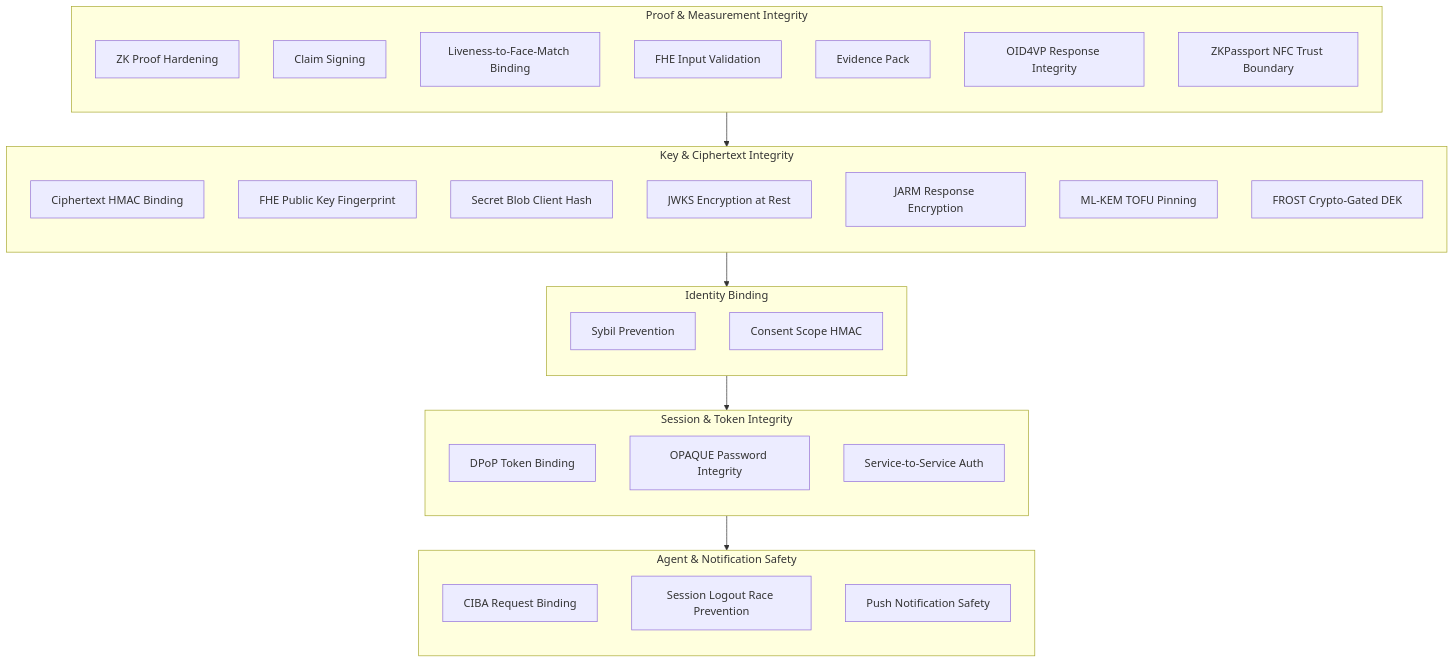
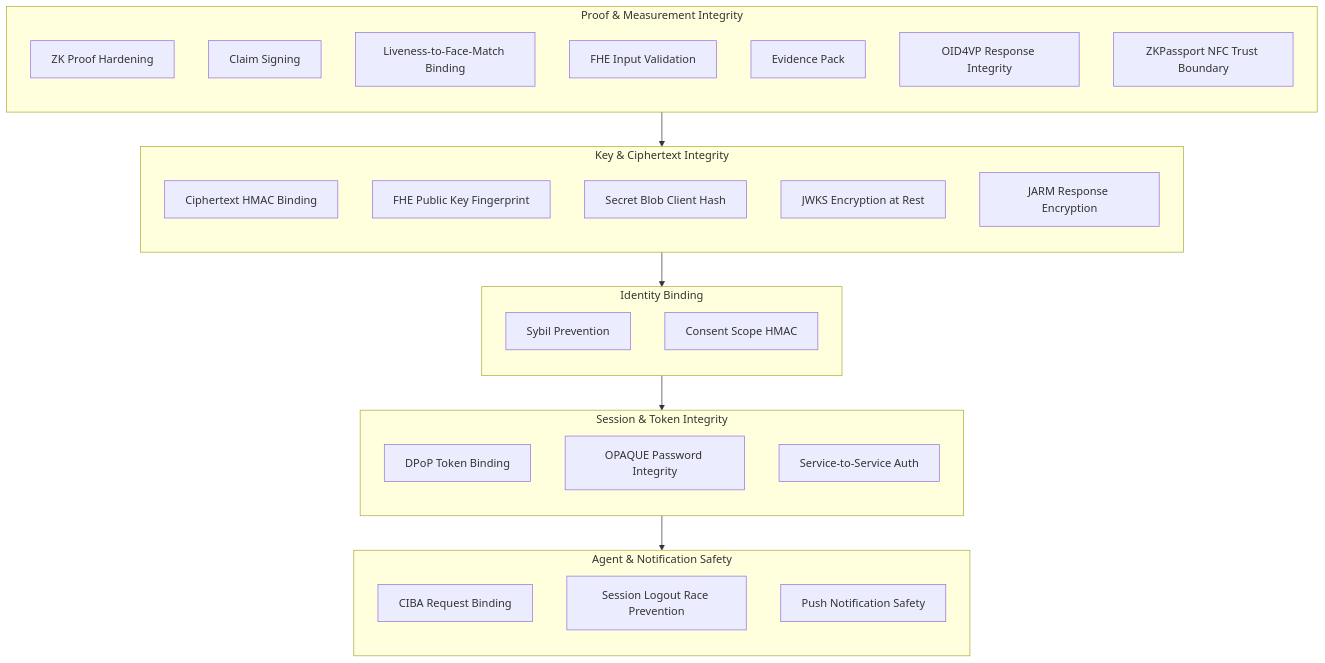
One commit to gustavovalverde/zentity changed the diagram in docs/(architecture)/tamper-model.md. Above: the diagram before and after it, drawn with Mermaid. The commit also changed other lines of this file and 190 other files, not shown here.

````diff
--- a/docs/(architecture)/tamper-model.md
+++ b/docs/(architecture)/tamper-model.md
@@ -51,49 +51,47 @@
 ```mermaid
 flowchart TB
     subgraph proof["Proof & Measurement Integrity"]
         direction TB
         zk["ZK Proof Hardening"]
         claim["Claim Signing"]
         liveness["Liveness-to-Face-Match Binding"]
         fhe_input["FHE Input Validation"]
         evidence["Evidence Pack"]
         oid4vp["OID4VP Response Integrity"]
         nfc["ZKPassport NFC Trust Boundary"]
     end
 
     subgraph key["Key & Ciphertext Integrity"]
         direction TB
         ct["Ciphertext HMAC Binding"]
         pk["FHE Public Key Fingerprint"]
         blob["Secret Blob Client Hash"]
         jwks["JWKS Encryption at Rest"]
         jarm["JARM Response Encryption"]
-        mlkem["ML-KEM TOFU Pinning"]
-        frost["FROST Crypto-Gated DEK"]
     end
 
     subgraph identity["Identity Binding"]
         direction TB
         sybil["Sybil Prevention"]
         consent["Consent Scope HMAC"]
     end
 
     subgraph session["Session & Token Integrity"]
         direction TB
         dpop["DPoP Token Binding"]
         opaque["OPAQUE Password Integrity"]
         s2s["Service-to-Service Auth"]
     end
 
     subgraph agent["Agent & Notification Safety"]
         direction TB
         ciba_bind["CIBA Request Binding"]
         ciba_logout["Session Logout Race Prevention"]
         push["Push Notification Safety"]
     end
 
     proof --> key
     key --> identity
     identity --> session
     session --> agent
 ```
````
